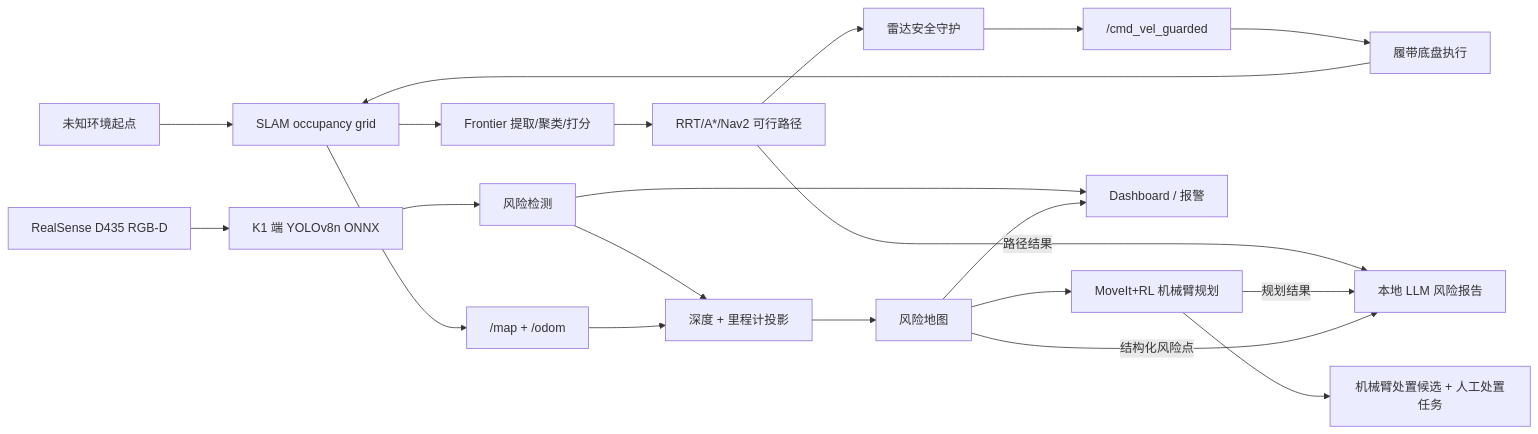
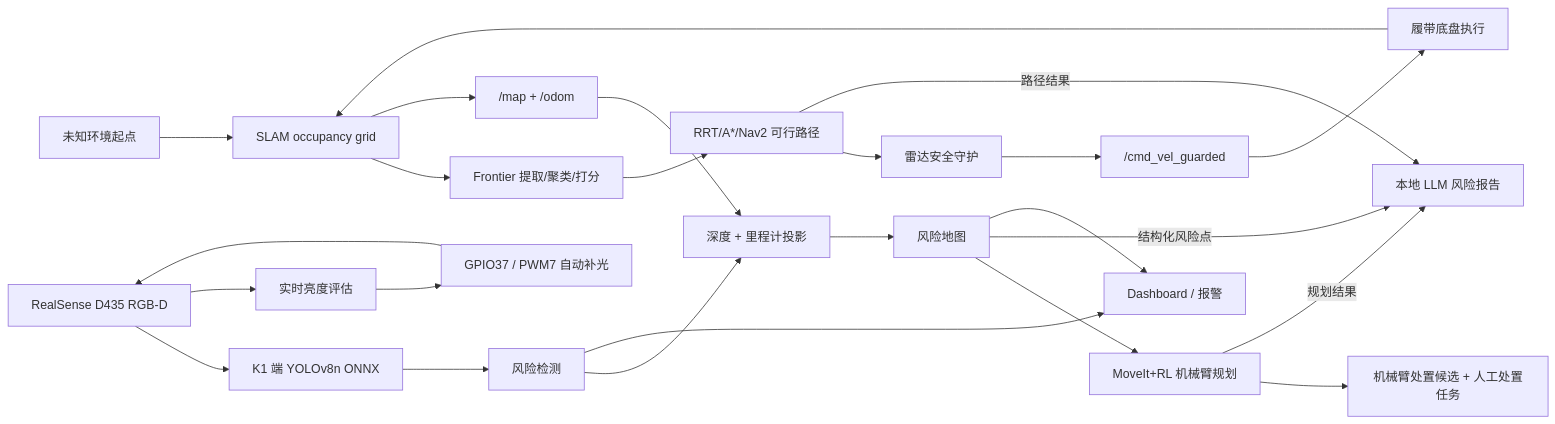
Before and after one commit to RickSanchezC5163/spacemit-k1-edge-ai-risk-robot: the diagram in README.md, drawn with Mermaid. The commit also changed other lines of this file and 16 other files, not shown here.

Commit message:
Publish autonomous lighting and reporting flow

````diff
--- a/README.md
+++ b/README.md
@@ -288,24 +291,27 @@
 ```mermaid
 flowchart LR
     A["未知环境起点"] --> B["SLAM occupancy grid"]
     B --> C["Frontier 提取/聚类/打分"]
     C --> D["RRT/A*/Nav2 可行路径"]
     D --> E["雷达安全守护"]
     E --> F["/cmd_vel_guarded"]
     F --> G["履带底盘执行"]
     G --> B
     B --> H["/map + /odom"]
 
     I["RealSense D435 RGB-D"] --> J["K1 端 YOLOv8n ONNX"]
     J --> K["风险检测"]
     K --> L["深度 + 里程计投影"]
     H --> L
     L --> M["风险地图"]
     M --> N["MoveIt+RL 机械臂规划"]
     N --> O["机械臂处置候选 + 人工处置任务"]
     D -- "路径结果" --> P["本地 LLM 风险报告"]
     N -- "规划结果" --> P
     M -- "结构化风险点" --> P
     K --> Q["Dashboard / 报警"]
     M --> Q
+    I --> R["实时亮度评估"]
+    R --> S["GPIO37 / PWM7 自动补光"]
+    S --> I
 ```
````
